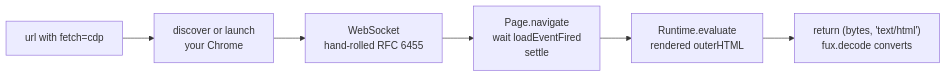
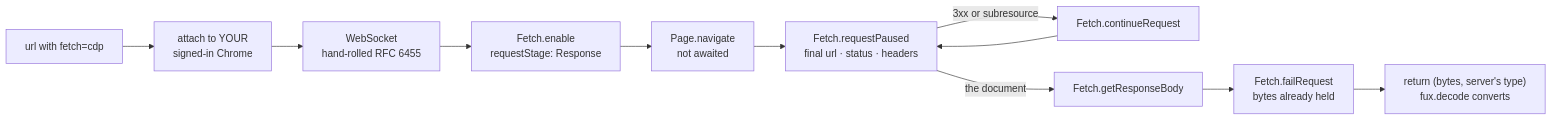
One commit to arpitarya/fux changed the diagram in docs/adr/0020_cdp-fetcher.md. Above: the diagram before and after it, drawn with Mermaid. The commit also changed other lines of this file and 84 other files, not shown here.

````diff
--- a/docs/adr/0020_cdp-fetcher.md
+++ b/docs/adr/0020_cdp-fetcher.md
@@ -44,8 +54,12 @@
 ```mermaid
 flowchart LR
-    U["url with fetch=cdp"] --> D["discover or launch<br/>your Chrome"]
+    U["url with fetch=cdp"] --> D["attach to YOUR<br/>signed-in Chrome"]
     D --> W["WebSocket<br/>hand-rolled RFC 6455"]
-    W --> N["Page.navigate<br/>wait loadEventFired<br/>settle"]
-    N --> E["Runtime.evaluate<br/>rendered outerHTML"]
-    E --> R["return (bytes, 'text/html')<br/>fux.decode converts"]
+    W --> F["Fetch.enable<br/>requestStage: Response"]
+    F --> N["Page.navigate<br/>not awaited"]
+    N --> P["Fetch.requestPaused<br/>final url · status · headers"]
+    P -->|"3xx or subresource"| C["Fetch.continueRequest"] --> P
+    P -->|"the document"| B["Fetch.getResponseBody"]
+    B --> A["Fetch.failRequest<br/>bytes already held"]
+    A --> R["return (bytes, server's type)<br/>fux.decode converts"]
 ```
````
